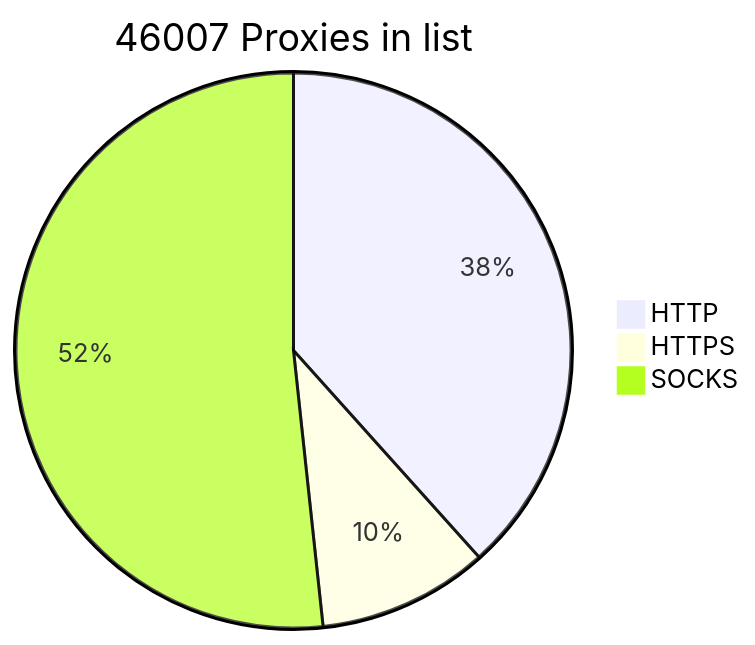
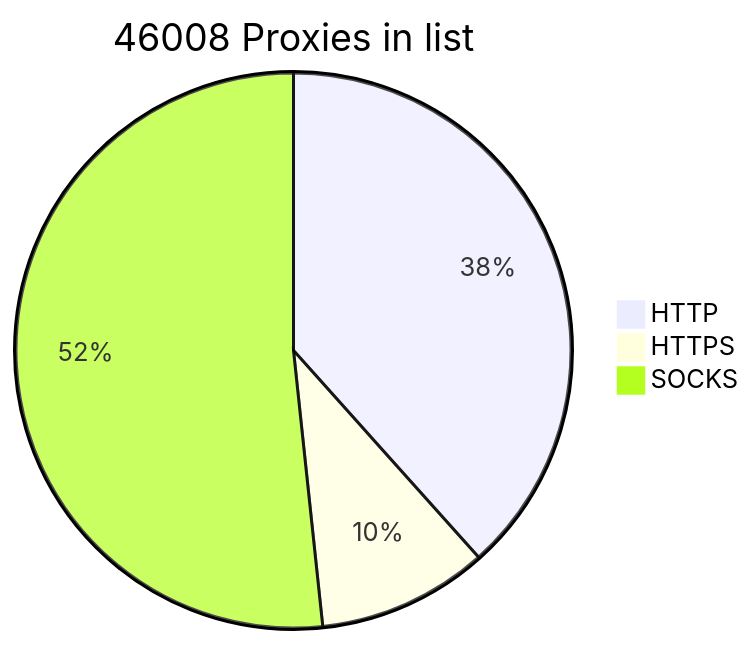
One commit to BlackSnowDot/proxylist-update-every-minute changed the diagram in README.md. Above: the diagram before and after it, drawn with Mermaid. The commit also changed other lines of this file, not shown here.

````diff
--- a/README.md
+++ b/README.md
@@ -2,6 +2,6 @@
 ```mermaid
-pie title 46007 Proxies in list
-    "HTTP" : 19294
-    "HTTPS": 5001
+pie title 46008 Proxies in list
+    "HTTP" : 19311
+    "HTTPS": 5002
     "SOCKS" : 26006
 ```
````
